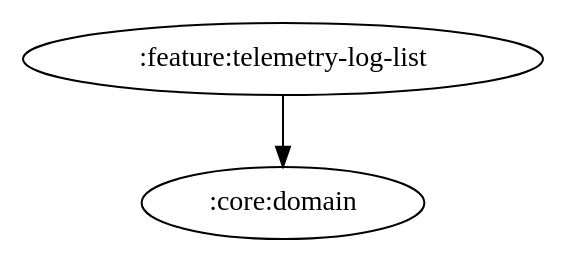
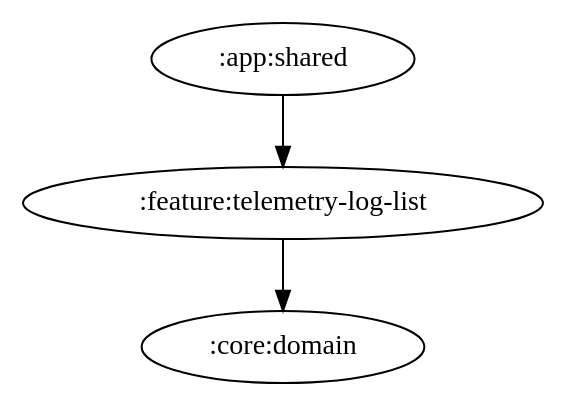
Before and after one commit to ai-kurou/KoDriver: the diagram in docs/graphs/feature-telemetry-log-list.gv, drawn with Graphviz. The commit also changed 5 other files, not shown here.

Commit message:
chore: update module graph images

```diff
--- a/docs/graphs/feature-telemetry-log-list.gv
+++ b/docs/graphs/feature-telemetry-log-list.gv
@@ -1,4 +1,5 @@
 digraph G {
   rankdir=TB
+  ":app:shared" -> ":feature:telemetry-log-list"
   ":feature:telemetry-log-list" -> ":core:domain"
 }
```
